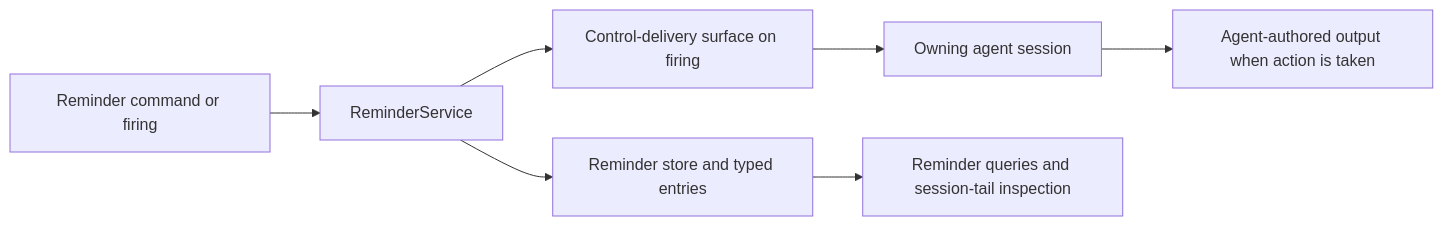
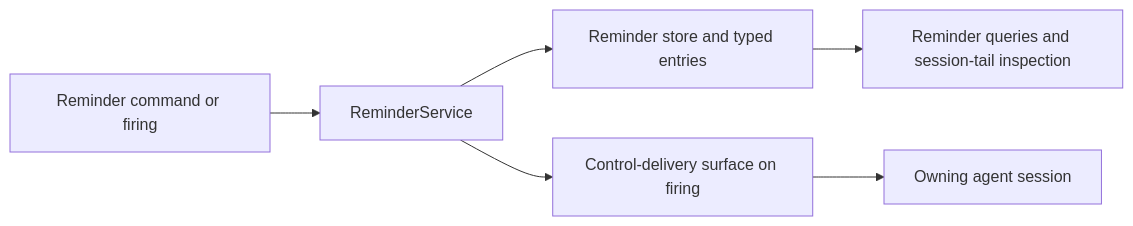
The second of 2 diagrams in docs/project/design/architecture/reminder-service.md (InstruktAI/TeleClaude), drawn with Mermaid before and after one commit. The commit also changed other lines of this file and 4 other files, not shown here.

````diff
--- a/docs/project/design/architecture/reminder-service.md
+++ b/docs/project/design/architecture/reminder-service.md
@@ -304,9 +304,8 @@
 ```mermaid
 flowchart LR
     C[Reminder command or firing] --> S[ReminderService]
     S --> R[Reminder store and typed entries]
     S --> Q[Control-delivery surface on firing]
     Q --> A[Owning agent session]
     R --> I[Reminder queries and session-tail inspection]
-    A --> O[Agent-authored output when action is taken]
 ```
````
